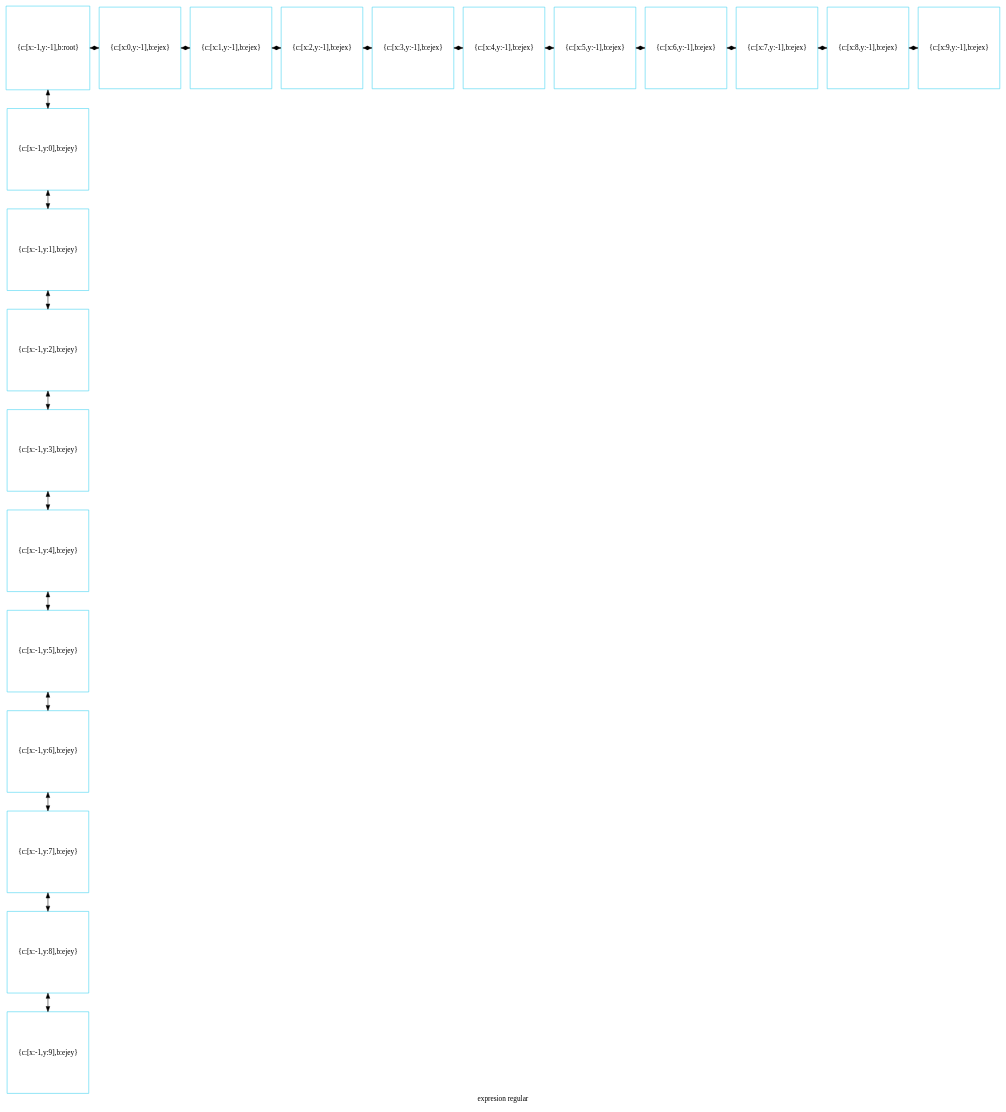
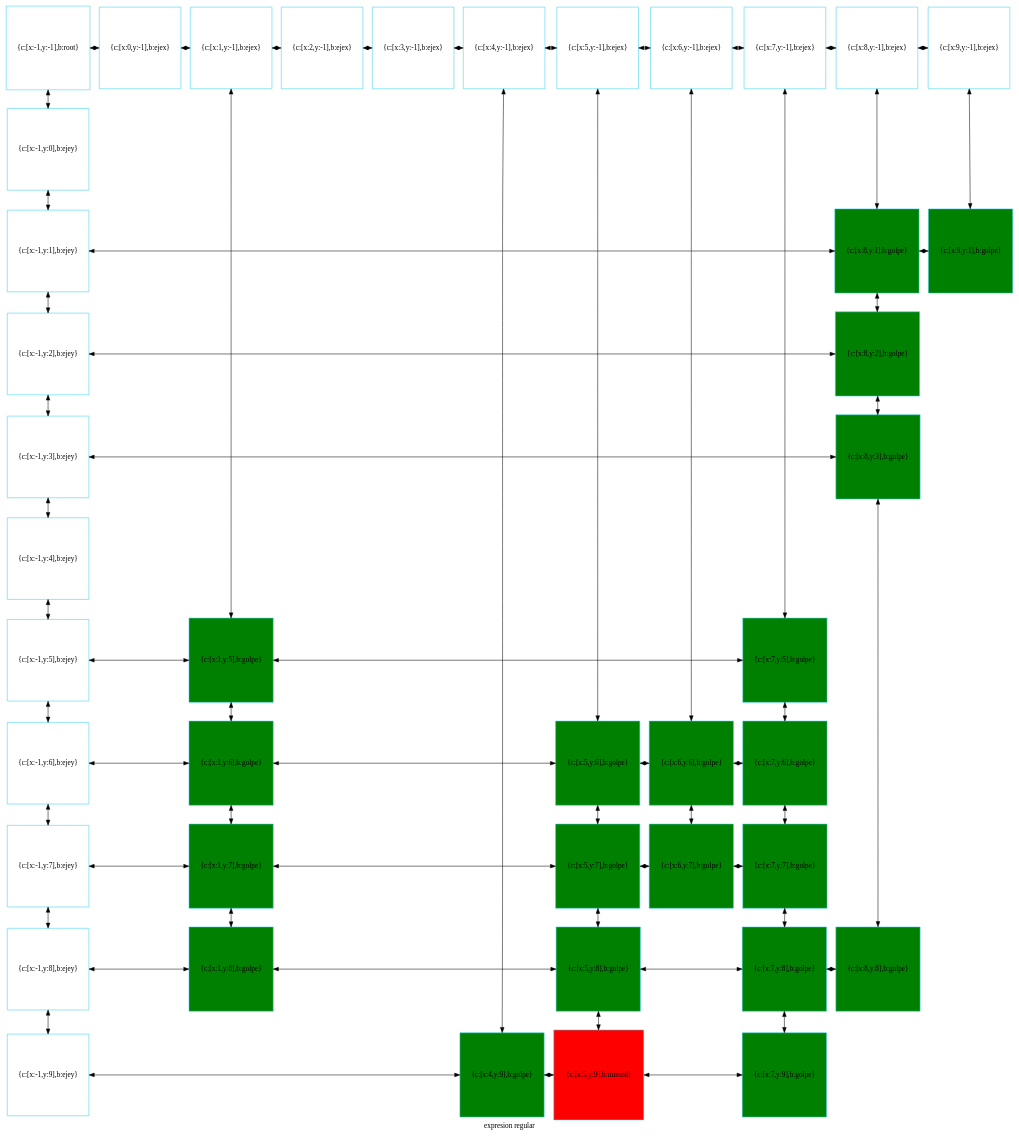
The diagram in disp_jug.dot (betebetoven/EDDS2F2), drawn with Graphviz before and after one commit. The commit also changed 30 other files, not shown here.

```diff
--- a/disp_jug.dot
+++ b/disp_jug.dot
@@ -1,61 +1,124 @@
 digraph G
 {label="expresion regular"
         node[shape = square]
         node[style = filled]
         node[fillcolor = "#EEEEE"]
         node[color = "#EEEEE"]
         node[color = "#31CEF0"]
 
-2084962387952[label="{c:[x:-1,y:-1],b:root}",fillcolor = "white"]
-2084962388096[label="{c:[x:0,y:-1],b:ejex}",fillcolor = "white"]
-2084962388240[label="{c:[x:1,y:-1],b:ejex}",fillcolor = "white"]
-2084962388384[label="{c:[x:2,y:-1],b:ejex}",fillcolor = "white"]
-2084962388528[label="{c:[x:3,y:-1],b:ejex}",fillcolor = "white"]
-2084962388672[label="{c:[x:4,y:-1],b:ejex}",fillcolor = "white"]
-2084962388816[label="{c:[x:5,y:-1],b:ejex}",fillcolor = "white"]
-2084962388960[label="{c:[x:6,y:-1],b:ejex}",fillcolor = "white"]
-2084962389104[label="{c:[x:7,y:-1],b:ejex}",fillcolor = "white"]
-2084962389248[label="{c:[x:8,y:-1],b:ejex}",fillcolor = "white"]
-2084962389392[label="{c:[x:9,y:-1],b:ejex}",fillcolor = "white"]
-2084962389536[label="{c:[x:-1,y:0],b:ejey}",fillcolor = "white"]
-2084962389680[label="{c:[x:-1,y:1],b:ejey}",fillcolor = "white"]
-2084962389824[label="{c:[x:-1,y:2],b:ejey}",fillcolor = "white"]
-2084962389968[label="{c:[x:-1,y:3],b:ejey}",fillcolor = "white"]
-2084962390112[label="{c:[x:-1,y:4],b:ejey}",fillcolor = "white"]
-2084962390256[label="{c:[x:-1,y:5],b:ejey}",fillcolor = "white"]
-2084962390400[label="{c:[x:-1,y:6],b:ejey}",fillcolor = "white"]
-2084962390544[label="{c:[x:-1,y:7],b:ejey}",fillcolor = "white"]
-2084962390688[label="{c:[x:-1,y:8],b:ejey}",fillcolor = "white"]
-2084962390832[label="{c:[x:-1,y:9],b:ejey}",fillcolor = "white"]
-2084962387952->2084962389536[dir = both];
-2084962389536->2084962389680[dir = both];
-2084962389680->2084962389824[dir = both];
-2084962389824->2084962389968[dir = both];
-2084962389968->2084962390112[dir = both];
-2084962390112->2084962390256[dir = both];
-2084962390256->2084962390400[dir = both];
-2084962390400->2084962390544[dir = both];
-2084962390544->2084962390688[dir = both];
-2084962390688->2084962390832[dir = both];
-2084962387952->2084962388096[dir = both];
-2084962388096->2084962388240[dir = both];
-2084962388240->2084962388384[dir = both];
-2084962388384->2084962388528[dir = both];
-2084962388528->2084962388672[dir = both];
-2084962388672->2084962388816[dir = both];
-2084962388816->2084962388960[dir = both];
-2084962388960->2084962389104[dir = both];
-2084962389104->2084962389248[dir = both];
-2084962389248->2084962389392[dir = both];
- {rank=same; 2084962387952;2084962388096;2084962388240;2084962388384;2084962388528;2084962388672;2084962388816;2084962388960;2084962389104;2084962389248;2084962389392;}
- {rank=same; 2084962389536;}
- {rank=same; 2084962389680;}
- {rank=same; 2084962389824;}
- {rank=same; 2084962389968;}
- {rank=same; 2084962390112;}
- {rank=same; 2084962390256;}
- {rank=same; 2084962390400;}
- {rank=same; 2084962390544;}
- {rank=same; 2084962390688;}
- {rank=same; 2084962390832;}
+1731289695136[label="{c:[x:-1,y:-1],b:root}",fillcolor = "white"]
+1731289695280[label="{c:[x:0,y:-1],b:ejex}",fillcolor = "white"]
+1731289695424[label="{c:[x:1,y:-1],b:ejex}",fillcolor = "white"]
+1731289695568[label="{c:[x:2,y:-1],b:ejex}",fillcolor = "white"]
+1731289695712[label="{c:[x:3,y:-1],b:ejex}",fillcolor = "white"]
+1731289695856[label="{c:[x:4,y:-1],b:ejex}",fillcolor = "white"]
+1731289696000[label="{c:[x:5,y:-1],b:ejex}",fillcolor = "white"]
+1731289696144[label="{c:[x:6,y:-1],b:ejex}",fillcolor = "white"]
+1731289696288[label="{c:[x:7,y:-1],b:ejex}",fillcolor = "white"]
+1731289696432[label="{c:[x:8,y:-1],b:ejex}",fillcolor = "white"]
+1731289696576[label="{c:[x:9,y:-1],b:ejex}",fillcolor = "white"]
+1731289696720[label="{c:[x:-1,y:0],b:ejey}",fillcolor = "white"]
+1731289696864[label="{c:[x:-1,y:1],b:ejey}",fillcolor = "white"]
+1731289414432[label="{c:[x:8,y:1],b:golpe}",fillcolor = "green"]
+1731289665488[label="{c:[x:9,y:1],b:golpe}",fillcolor = "green"]
+1731289697008[label="{c:[x:-1,y:2],b:ejey}",fillcolor = "white"]
+1731289414768[label="{c:[x:8,y:2],b:golpe}",fillcolor = "green"]
+1731289697152[label="{c:[x:-1,y:3],b:ejey}",fillcolor = "white"]
+1731289415104[label="{c:[x:8,y:3],b:golpe}",fillcolor = "green"]
+1731289697296[label="{c:[x:-1,y:4],b:ejey}",fillcolor = "white"]
+1731289697440[label="{c:[x:-1,y:5],b:ejey}",fillcolor = "white"]
+1731289413088[label="{c:[x:1,y:5],b:golpe}",fillcolor = "green"]
+1731289664288[label="{c:[x:7,y:5],b:golpe}",fillcolor = "green"]
+1731289697584[label="{c:[x:-1,y:6],b:ejey}",fillcolor = "white"]
+1731289413424[label="{c:[x:1,y:6],b:golpe}",fillcolor = "green"]
+1731289415440[label="{c:[x:5,y:6],b:golpe}",fillcolor = "green"]
+1731289662944[label="{c:[x:6,y:6],b:golpe}",fillcolor = "green"]
+1731289663280[label="{c:[x:7,y:6],b:golpe}",fillcolor = "green"]
+1731289697728[label="{c:[x:-1,y:7],b:ejey}",fillcolor = "white"]
+1731289413760[label="{c:[x:1,y:7],b:golpe}",fillcolor = "green"]
+1731289661600[label="{c:[x:5,y:7],b:golpe}",fillcolor = "green"]
+1731289663952[label="{c:[x:6,y:7],b:golpe}",fillcolor = "green"]
+1731289663136[label="{c:[x:7,y:7],b:golpe}",fillcolor = "green"]
+1731289697872[label="{c:[x:-1,y:8],b:ejey}",fillcolor = "white"]
+1731289414096[label="{c:[x:1,y:8],b:golpe}",fillcolor = "green"]
+1731289661936[label="{c:[x:5,y:8],b:golpe}",fillcolor = "green"]
+1731289662608[label="{c:[x:7,y:8],b:golpe}",fillcolor = "green"]
+1731289665104[label="{c:[x:8,y:8],b:golpe}",fillcolor = "green"]
+1731289698016[label="{c:[x:-1,y:9],b:ejey}",fillcolor = "white"]
+1731289664624[label="{c:[x:4,y:9],b:golpe}",fillcolor = "green"]
+1731289710208[label="{c:[x:5,y:9],b:missed}",fillcolor = "red"]
+1731289662368[label="{c:[x:7,y:9],b:golpe}",fillcolor = "green"]
+1731289695136->1731289696720[dir = both];
+1731289696720->1731289696864[dir = both];
+1731289696864->1731289697008[dir = both];
+1731289697008->1731289697152[dir = both];
+1731289697152->1731289697296[dir = both];
+1731289697296->1731289697440[dir = both];
+1731289697440->1731289697584[dir = both];
+1731289697584->1731289697728[dir = both];
+1731289697728->1731289697872[dir = both];
+1731289697872->1731289698016[dir = both];
+1731289695424->1731289413088[dir = both];
+1731289413088->1731289413424[dir = both];
+1731289413424->1731289413760[dir = both];
+1731289413760->1731289414096[dir = both];
+1731289695856->1731289664624[dir = both];
+1731289696000->1731289415440[dir = both];
+1731289415440->1731289661600[dir = both];
+1731289661600->1731289661936[dir = both];
+1731289661936->1731289710208[dir = both];
+1731289696144->1731289662944[dir = both];
+1731289662944->1731289663952[dir = both];
+1731289696288->1731289664288[dir = both];
+1731289664288->1731289663280[dir = both];
+1731289663280->1731289663136[dir = both];
+1731289663136->1731289662608[dir = both];
+1731289662608->1731289662368[dir = both];
+1731289696432->1731289414432[dir = both];
+1731289414432->1731289414768[dir = both];
+1731289414768->1731289415104[dir = both];
+1731289415104->1731289665104[dir = both];
+1731289696576->1731289665488[dir = both];
+1731289695136->1731289695280[dir = both];
+1731289695280->1731289695424[dir = both];
+1731289695424->1731289695568[dir = both];
+1731289695568->1731289695712[dir = both];
+1731289695712->1731289695856[dir = both];
+1731289695856->1731289696000[dir = both];
+1731289696000->1731289696144[dir = both];
+1731289696144->1731289696288[dir = both];
+1731289696288->1731289696432[dir = both];
+1731289696432->1731289696576[dir = both];
+1731289696864->1731289414432[constraint=false,dir = both];
+1731289414432->1731289665488[constraint=false,dir = both];
+1731289697008->1731289414768[constraint=false,dir = both];
+1731289697152->1731289415104[constraint=false,dir = both];
+1731289697440->1731289413088[constraint=false,dir = both];
+1731289413088->1731289664288[constraint=false,dir = both];
+1731289697584->1731289413424[constraint=false,dir = both];
+1731289413424->1731289415440[constraint=false,dir = both];
+1731289415440->1731289662944[constraint=false,dir = both];
+1731289662944->1731289663280[constraint=false,dir = both];
+1731289697728->1731289413760[constraint=false,dir = both];
+1731289413760->1731289661600[constraint=false,dir = both];
+1731289661600->1731289663952[constraint=false,dir = both];
+1731289663952->1731289663136[constraint=false,dir = both];
+1731289697872->1731289414096[constraint=false,dir = both];
+1731289414096->1731289661936[constraint=false,dir = both];
+1731289661936->1731289662608[constraint=false,dir = both];
+1731289662608->1731289665104[constraint=false,dir = both];
+1731289698016->1731289664624[constraint=false,dir = both];
+1731289664624->1731289710208[constraint=false,dir = both];
+1731289710208->1731289662368[constraint=false,dir = both];
+ {rank=same; 1731289695136;1731289695280;1731289695424;1731289695568;1731289695712;1731289695856;1731289696000;1731289696144;1731289696288;1731289696432;1731289696576;}
+ {rank=same; 1731289696720;}
+ {rank=same; 1731289696864;1731289414432;1731289665488;}
+ {rank=same; 1731289697008;1731289414768;}
+ {rank=same; 1731289697152;1731289415104;}
+ {rank=same; 1731289697296;}
+ {rank=same; 1731289697440;1731289413088;1731289664288;}
+ {rank=same; 1731289697584;1731289413424;1731289415440;1731289662944;1731289663280;}
+ {rank=same; 1731289697728;1731289413760;1731289661600;1731289663952;1731289663136;}
+ {rank=same; 1731289697872;1731289414096;1731289661936;1731289662608;1731289665104;}
+ {rank=same; 1731289698016;1731289664624;1731289710208;1731289662368;}
 }
```
